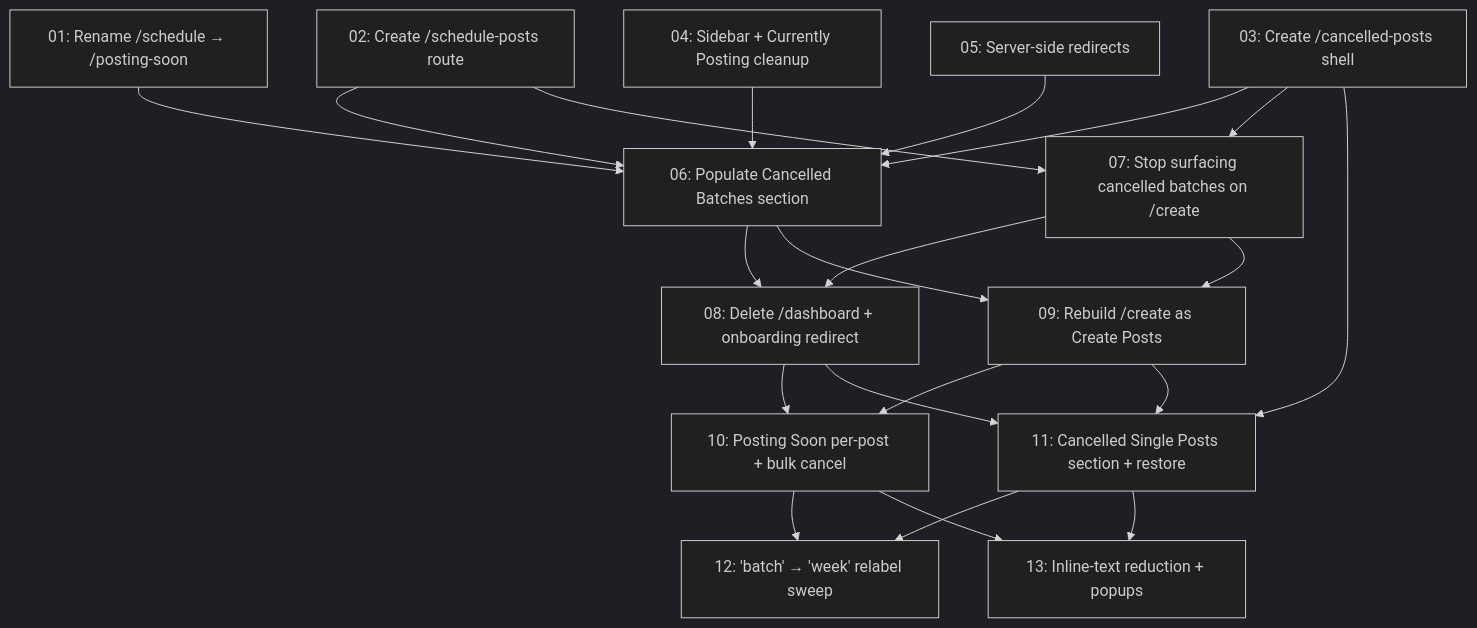
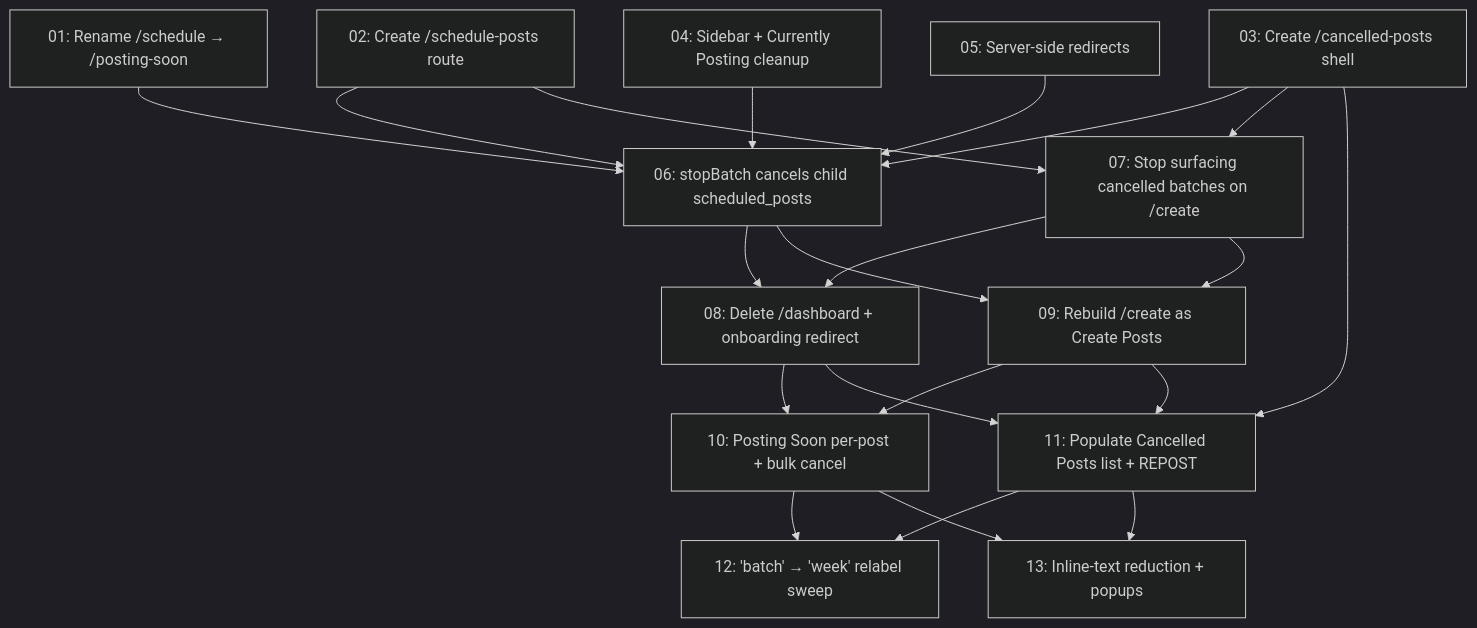
The diagram in specs/navigation-redesign/README.md (bonbonica/unique-me), drawn with Mermaid (dark theme) before and after one commit. The commit also changed other lines of this file and 11 other files, not shown here.

Commit message:
Wave 1 Group 1: new /schedule-posts + /cancelled-posts shells, single-list cancelled posts design, spec updated

````diff
--- a/specs/navigation-redesign/README.md
+++ b/specs/navigation-redesign/README.md
@@ -14,40 +14,40 @@
 ```mermaid
 graph TD
     task-01["01: Rename /schedule → /posting-soon"]
     task-02["02: Create /schedule-posts route"]
     task-03["03: Create /cancelled-posts shell"]
     task-04["04: Sidebar + Currently Posting cleanup"]
     task-05["05: Server-side redirects"]
-    task-06["06: Populate Cancelled Batches section"]
+    task-06["06: stopBatch cancels child scheduled_posts"]
     task-07["07: Stop surfacing cancelled batches on /create"]
     task-08["08: Delete /dashboard + onboarding redirect"]
     task-09["09: Rebuild /create as Create Posts"]
     task-10["10: Posting Soon per-post + bulk cancel"]
-    task-11["11: Cancelled Single Posts section + restore"]
+    task-11["11: Populate Cancelled Posts list + REPOST"]
     task-12["12: 'batch' → 'week' relabel sweep"]
     task-13["13: Inline-text reduction + popups"]
 
     task-01 --> task-06
     task-02 --> task-06
     task-03 --> task-06
     task-04 --> task-06
     task-05 --> task-06
     task-02 --> task-07
     task-03 --> task-07
 
     task-06 --> task-08
     task-07 --> task-08
     task-06 --> task-09
     task-07 --> task-09
 
     task-08 --> task-10
     task-09 --> task-10
     task-08 --> task-11
     task-09 --> task-11
     task-03 --> task-11
 
     task-10 --> task-12
     task-11 --> task-12
     task-10 --> task-13
     task-11 --> task-13
 ```
````
